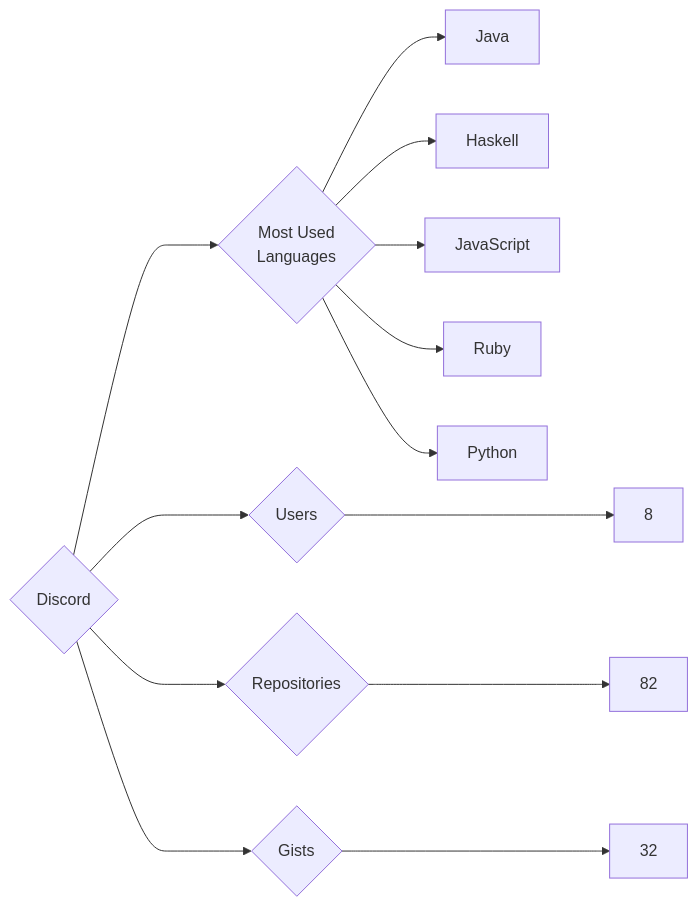
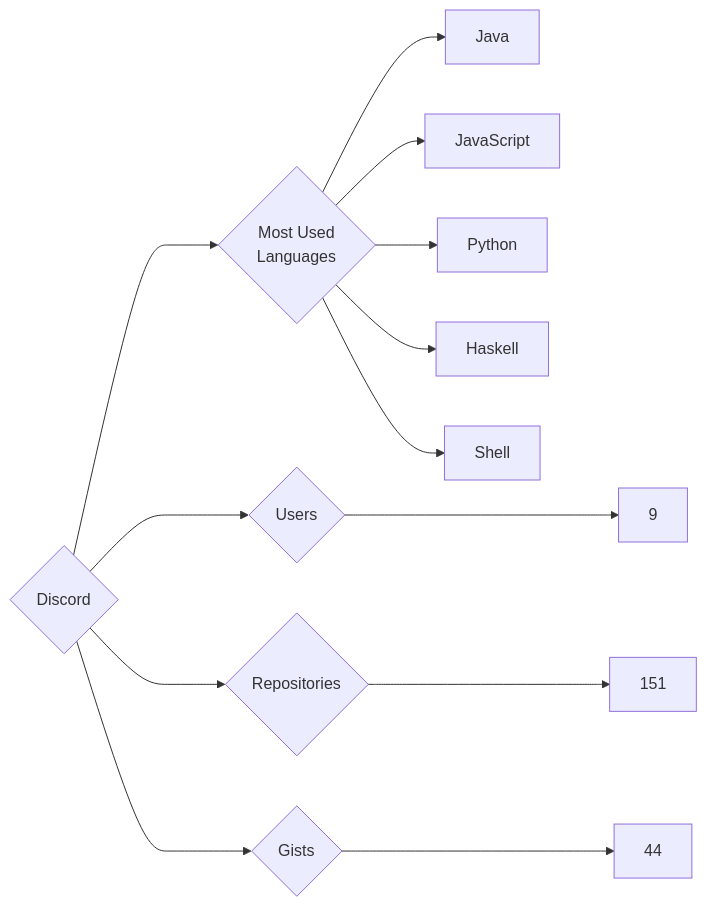
The diagram in targets/Discord/README.md (trickest/insiders), drawn with Mermaid before and after one commit. The commit also changed 859 other files, not shown here.

````diff
--- a/targets/Discord/README.md
+++ b/targets/Discord/README.md
@@ -3,13 +3,13 @@
 ```mermaid
 graph LR
 COMPANY_NAME{Discord}
-COMPANY_NAME ---> U{Users} ---> UN[8]
-COMPANY_NAME ---> R{Repositories} ---> RN[82]
-COMPANY_NAME ---> G{Gists} ---> GN[32]
+COMPANY_NAME ---> U{Users} ---> UN[9]
+COMPANY_NAME ---> R{Repositories} ---> RN[151]
+COMPANY_NAME ---> G{Gists} ---> GN[44]
 COMPANY_NAME ---> ML{Most Used<br>Languages}
 ML --> Java[Java]
+ML --> JavaScript[JavaScript]
+ML --> Python[Python]
 ML --> Haskell[Haskell]
-ML --> JavaScript[JavaScript]
-ML --> Ruby[Ruby]
-ML --> Python[Python]
+ML --> Shell[Shell]
 ```
````
